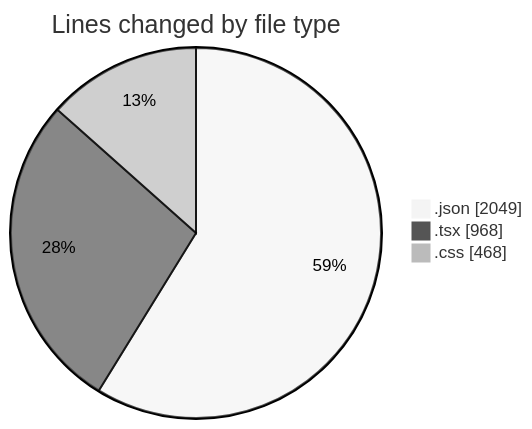
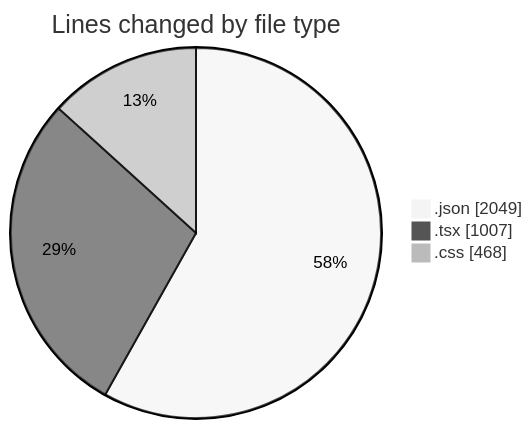
The first of 2 diagrams in 2025-08-14/ribbon/README.md (EIIisD/code-tracking), drawn with Mermaid (neutral theme) before and after one commit. The commit also changed other lines of this file and 1 other file, not shown here.

````diff
--- a/2025-08-14/ribbon/README.md
+++ b/2025-08-14/ribbon/README.md
@@ -27,7 +27,7 @@
 ```mermaid
 pie showData
 title Lines changed by file type
 ".json" : 2049
-".tsx" : 968
+".tsx" : 1007
 ".css" : 468
 ```
````
